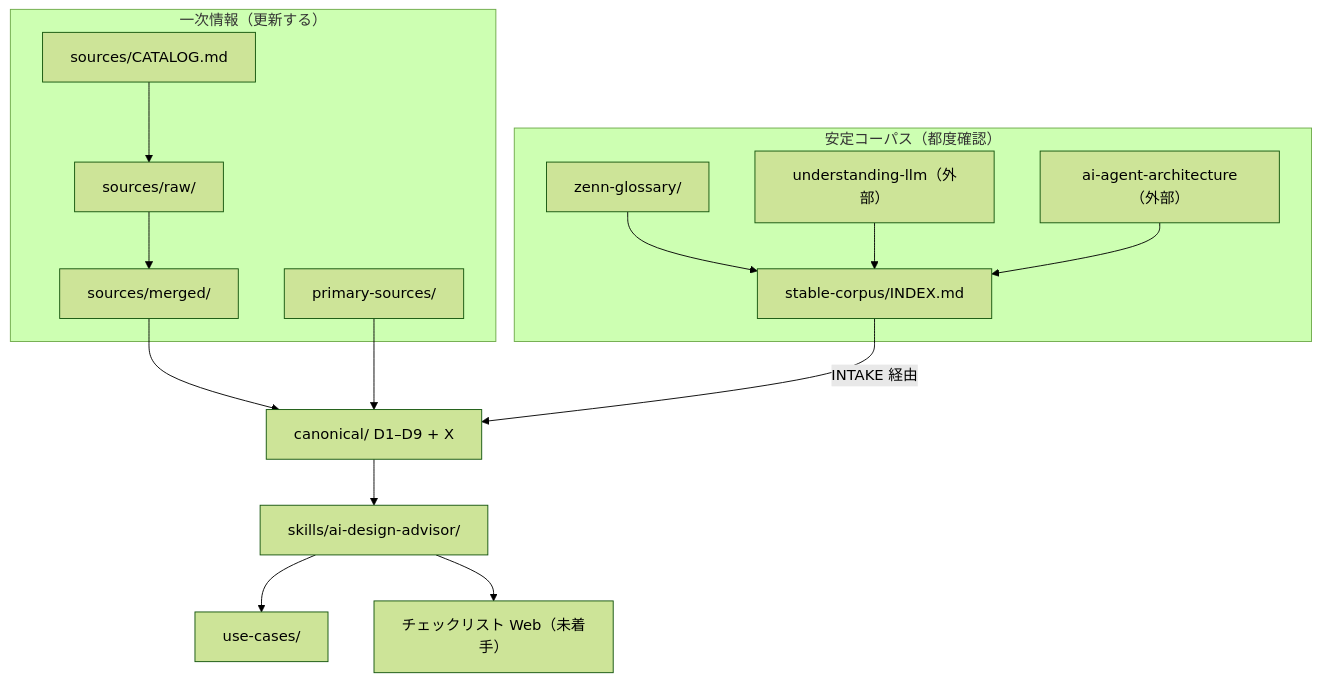
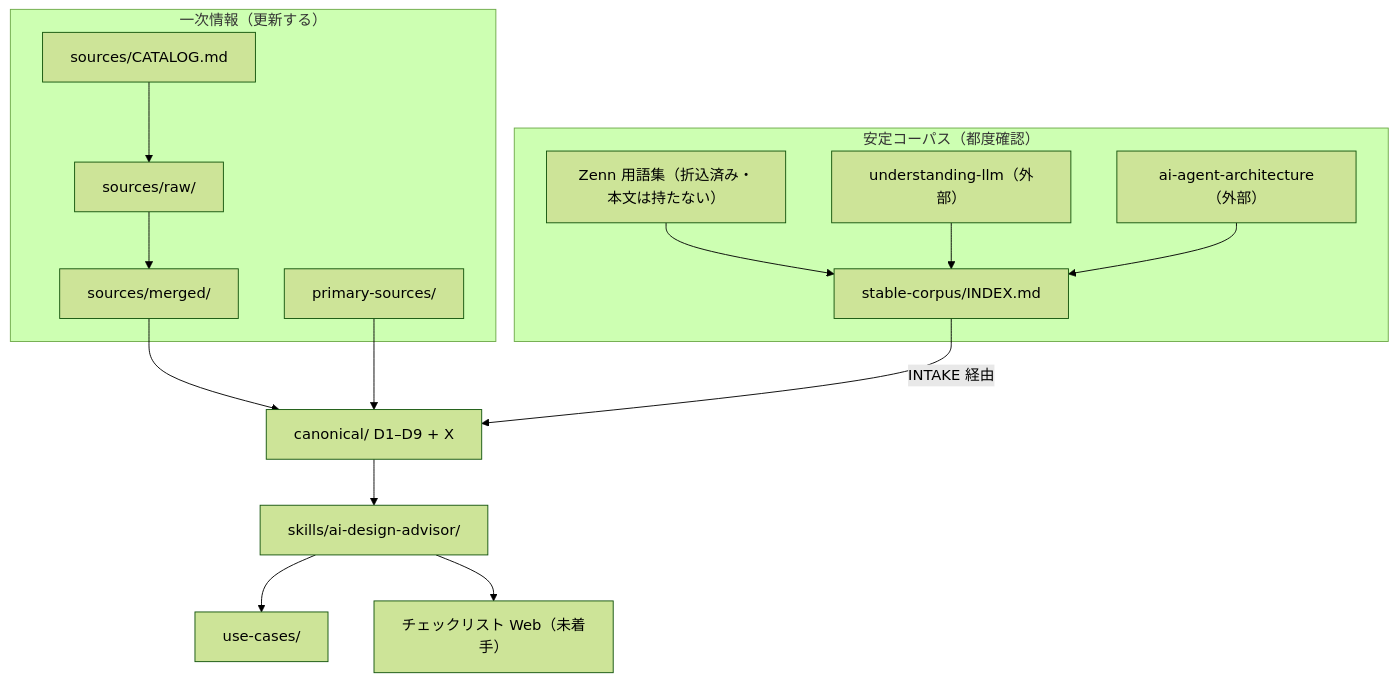
Before and after one commit to shuji-bonji/ai-design-advisor: the diagram in knowledge/LIFECYCLE.md, drawn with Mermaid (forest theme). The commit also changed other lines of this file, not shown here.

Commit message:
Drop zenn-glossary from architecture diagram

````diff
--- a/knowledge/LIFECYCLE.md
+++ b/knowledge/LIFECYCLE.md
@@ -11,31 +11,31 @@
 ```mermaid
 flowchart TB
   subgraph living ["一次情報（更新する）"]
     CAT["sources/CATALOG.md"]
     RAW["sources/raw/"]
     MER["sources/merged/"]
     PS["primary-sources/"]
   end
 
   subgraph stable ["安定コーパス（都度確認）"]
     IDX["stable-corpus/INDEX.md"]
-    ZEN["zenn-glossary/"]
     ULLM["understanding-llm（外部）"]
     AAA["ai-agent-architecture（外部）"]
+    ZEN["Zenn 用語集（折込済み・本文は持たない）"]
   end
 
   CAN["canonical/ D1–D9 + X"]
   SK["skills/ai-design-advisor/"]
   UC["use-cases/"]
   WEB["チェックリスト Web（未着手）"]
 
   CAT --> RAW --> MER --> CAN
   PS --> CAN
   ZEN --> IDX
   ULLM --> IDX
   AAA --> IDX
   IDX -->|INTAKE 経由| CAN
   CAN --> SK
   SK --> UC
   SK --> WEB
 ```
````
